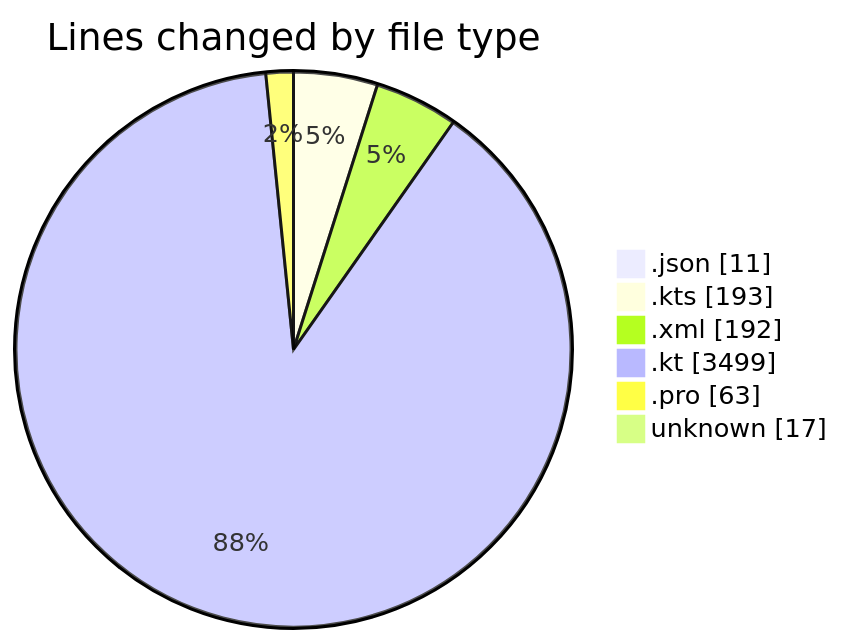
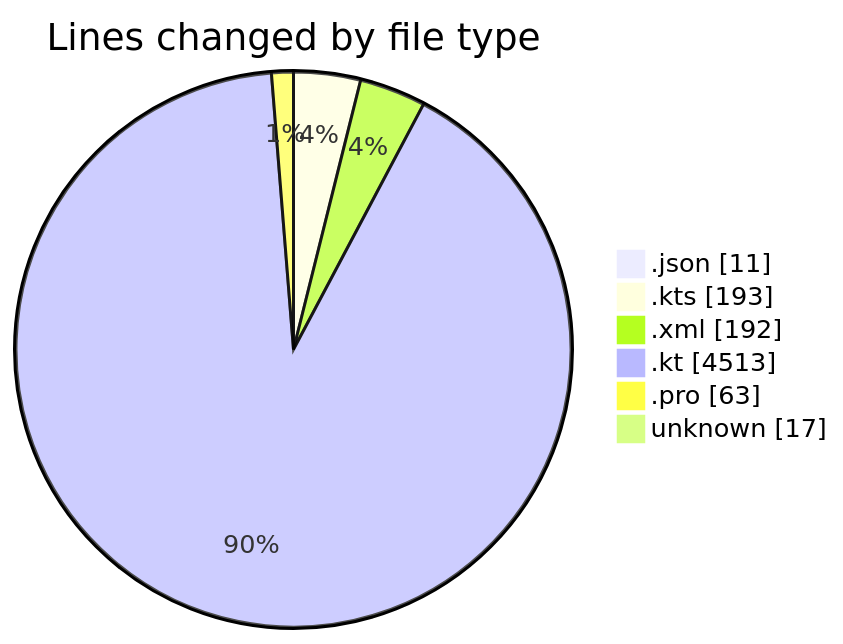
Before and after one commit to Unknowalive/code-tracking: the first of 2 diagrams in 2026-04-07/t2s/README.md, drawn with Mermaid. The commit also changed other lines of this file and 1 other file, not shown here.

````diff
--- a/2026-04-07/t2s/README.md
+++ b/2026-04-07/t2s/README.md
@@ -73,10 +80,10 @@
 ```mermaid
 pie showData
 title Lines changed by file type
 ".json" : 11
 ".kts" : 193
 ".xml" : 192
-".kt" : 3499
+".kt" : 4513
 ".pro" : 63
 "unknown" : 17
 ```
````
